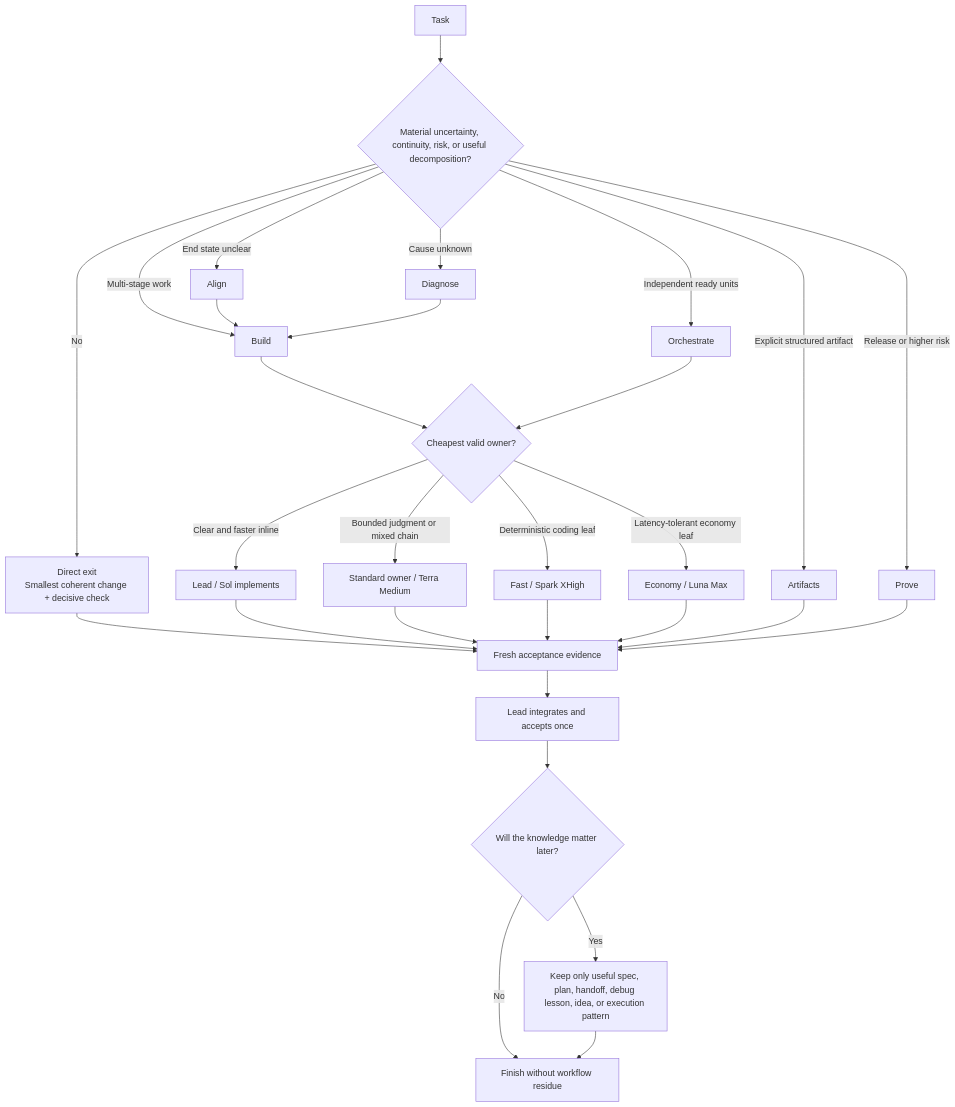
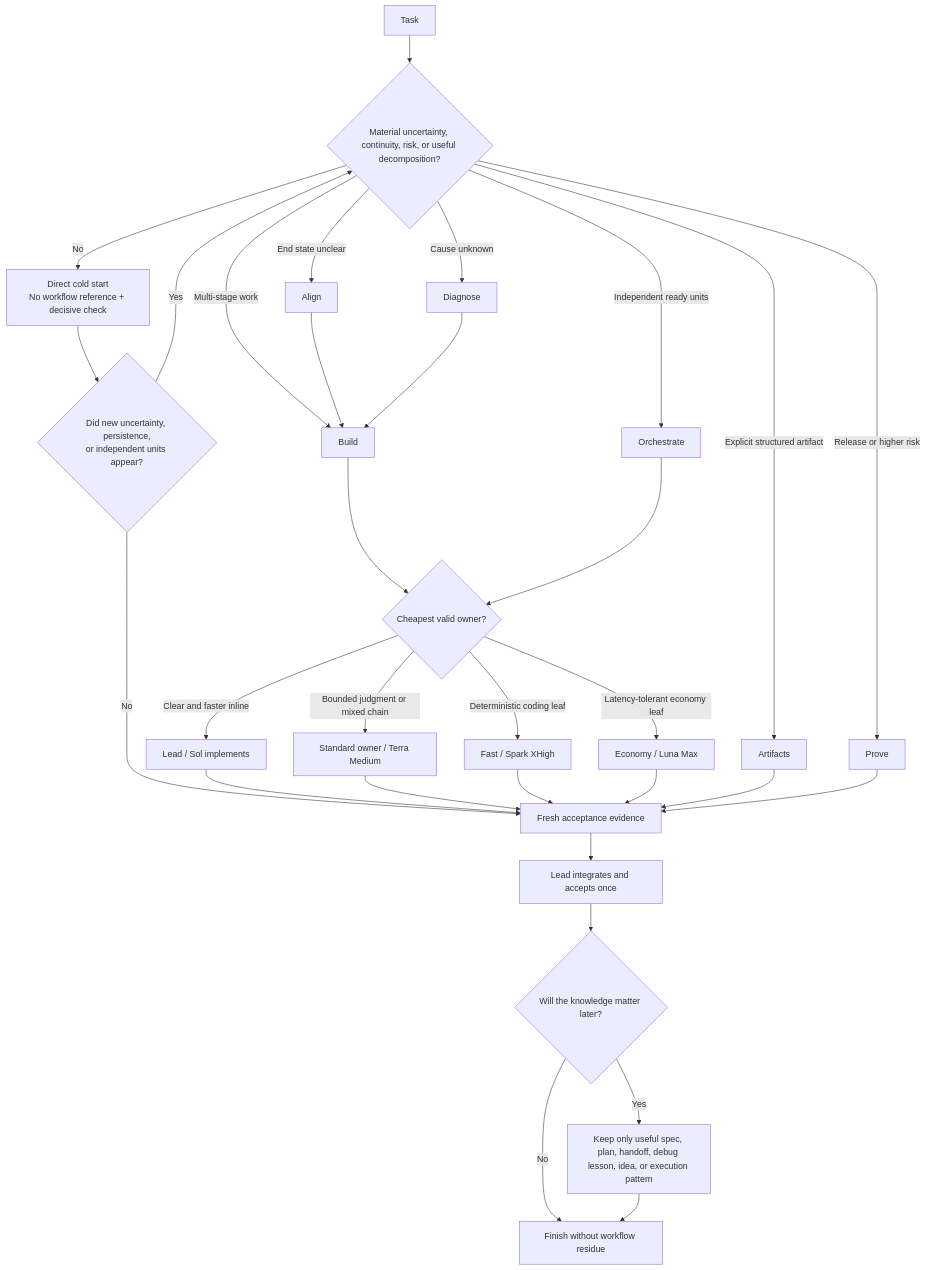
Before and after one commit to blackstone2333/goldilocks: the diagram in README.md, drawn with Mermaid. The commit also changed other lines of this file and 56 other files, not shown here.

````diff
--- a/README.md
+++ b/README.md
@@ -109,31 +109,33 @@
 ```mermaid
 flowchart TD
     A["Task"] --> B{"Material uncertainty, continuity, risk, or useful decomposition?"}
-    B -- "No" --> C["Direct exit<br/>Smallest coherent change + decisive check"]
+    B -- "No" --> C["Direct cold start<br/>No workflow reference + decisive check"]
     B -- "End state unclear" --> D["Align"]
     B -- "Cause unknown" --> E["Diagnose"]
     B -- "Multi-stage work" --> F["Build"]
     B -- "Independent ready units" --> G["Orchestrate"]
     B -- "Release or higher risk" --> H["Prove"]
     B -- "Explicit structured artifact" --> I["Artifacts"]
     D --> F
     E --> F
     F --> J{"Cheapest valid owner?"}
     G --> J
     J -- "Clear and faster inline" --> K["Lead / Sol implements"]
     J -- "Bounded judgment or mixed chain" --> L["Standard owner / Terra Medium"]
     J -- "Deterministic coding leaf" --> M["Fast / Spark XHigh"]
     J -- "Latency-tolerant economy leaf" --> N["Economy / Luna Max"]
-    C --> O["Fresh acceptance evidence"]
+    C --> T{"Did new uncertainty, persistence,<br/>or independent units appear?"}
+    T -- "No" --> O["Fresh acceptance evidence"]
+    T -- "Yes" --> B
     K --> O
     L --> O
     M --> O
     N --> O
     I --> O
     H --> O
     O --> P["Lead integrates and accepts once"]
     P --> Q{"Will the knowledge matter later?"}
     Q -- "Yes" --> R["Keep only useful spec, plan, handoff, debug lesson, idea, or execution pattern"]
     Q -- "No" --> S["Finish without workflow residue"]
     R --> S
 ```
````
